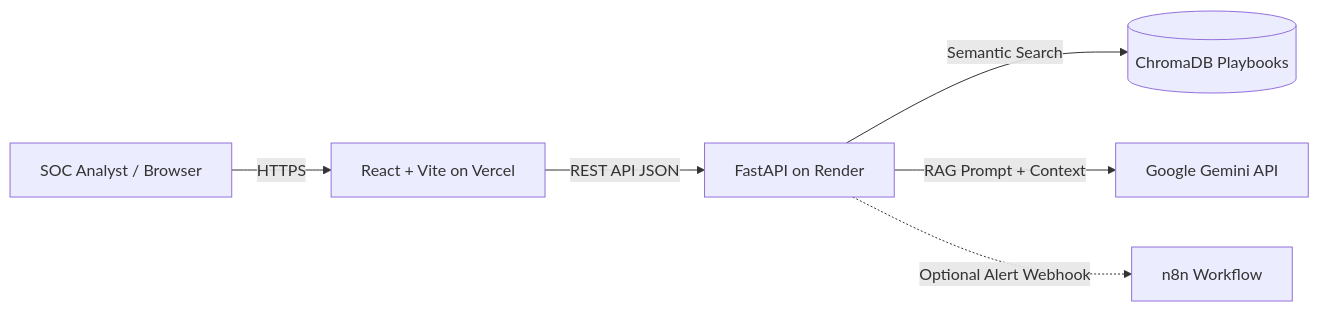
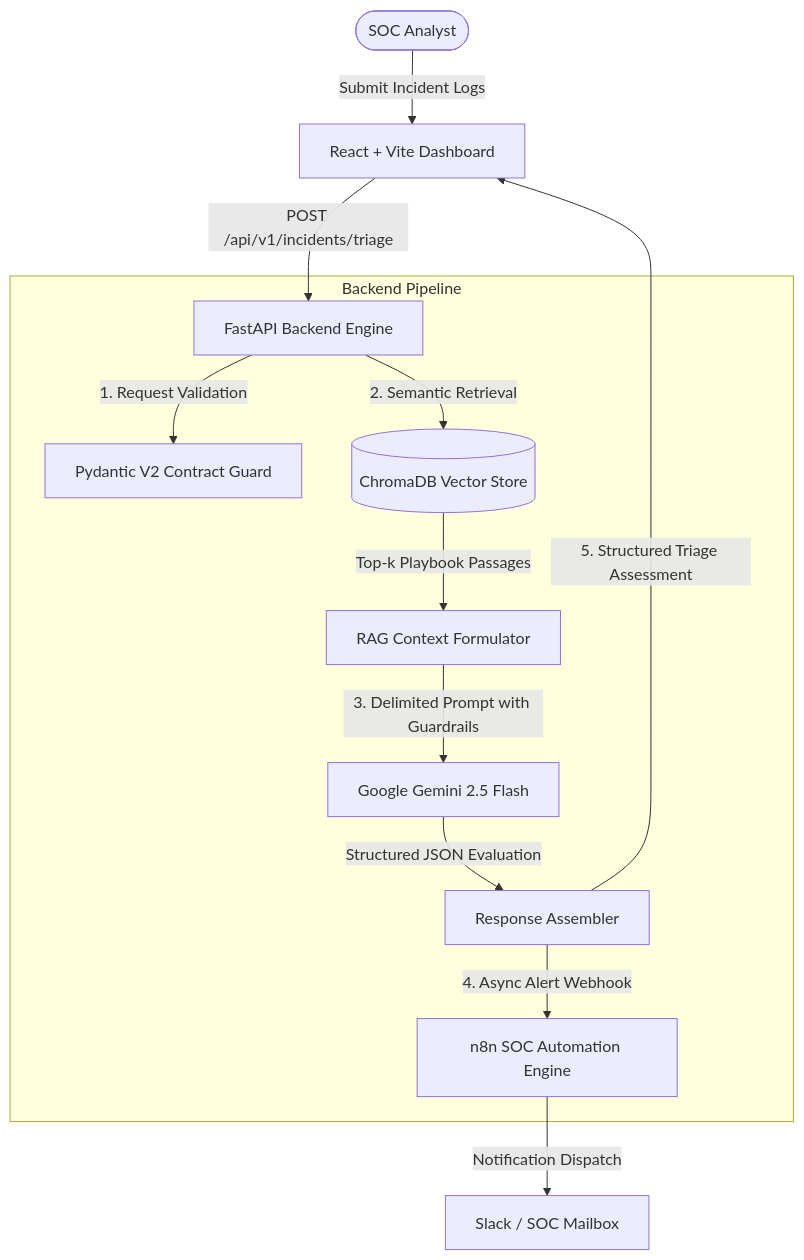
The diagram in README.md (Milkesa-T/CyberStage-AI), drawn with Mermaid before and after one commit. The commit also changed other lines of this file and 26 other files, not shown here.

Commit message:
feat(frontend,devops,docs): implement React SOC dashboard, Docker/Compose, Render/Vercel specs, and defense guide

````diff
--- a/README.md
+++ b/README.md
@@ -16,8 +16,17 @@
 ```mermaid
-graph LR
-    User[SOC Analyst / Browser] -->|HTTPS| Frontend[React + Vite on Vercel]
-    Frontend -->|REST API JSON| Backend[FastAPI on Render]
-    Backend -->|Semantic Search| ChromaDB[(ChromaDB Playbooks)]
-    Backend -->|RAG Prompt + Context| Gemini[Google Gemini API]
-    Backend -.->|Optional Alert Webhook| N8N[n8n Workflow]
+graph TD
+    Analyst([SOC Analyst]) -->|Submit Incident Logs| Frontend[React + Vite Dashboard]
+    Frontend -->|POST /api/v1/incidents/triage| Backend[FastAPI Backend Engine]
+    
+    subgraph Backend Pipeline
+        Backend -->|1. Request Validation| Pydantic[Pydantic V2 Contract Guard]
+        Backend -->|2. Semantic Retrieval| ChromaDB[(ChromaDB Vector Store)]
+        ChromaDB -->|Top-k Playbook Passages| Context[RAG Context Formulator]
+        Context -->|3. Delimited Prompt with Guardrails| Gemini[Google Gemini 2.5 Flash]
+        Gemini -->|Structured JSON Evaluation| Assembler[Response Assembler]
+        Assembler -->|4. Async Alert Webhook| N8N[n8n SOC Automation Engine]
+    end
+    
+    Assembler -->|5. Structured Triage Assessment| Frontend
+    N8N -->|Notification Dispatch| Slack[Slack / SOC Mailbox]
 ```
````
